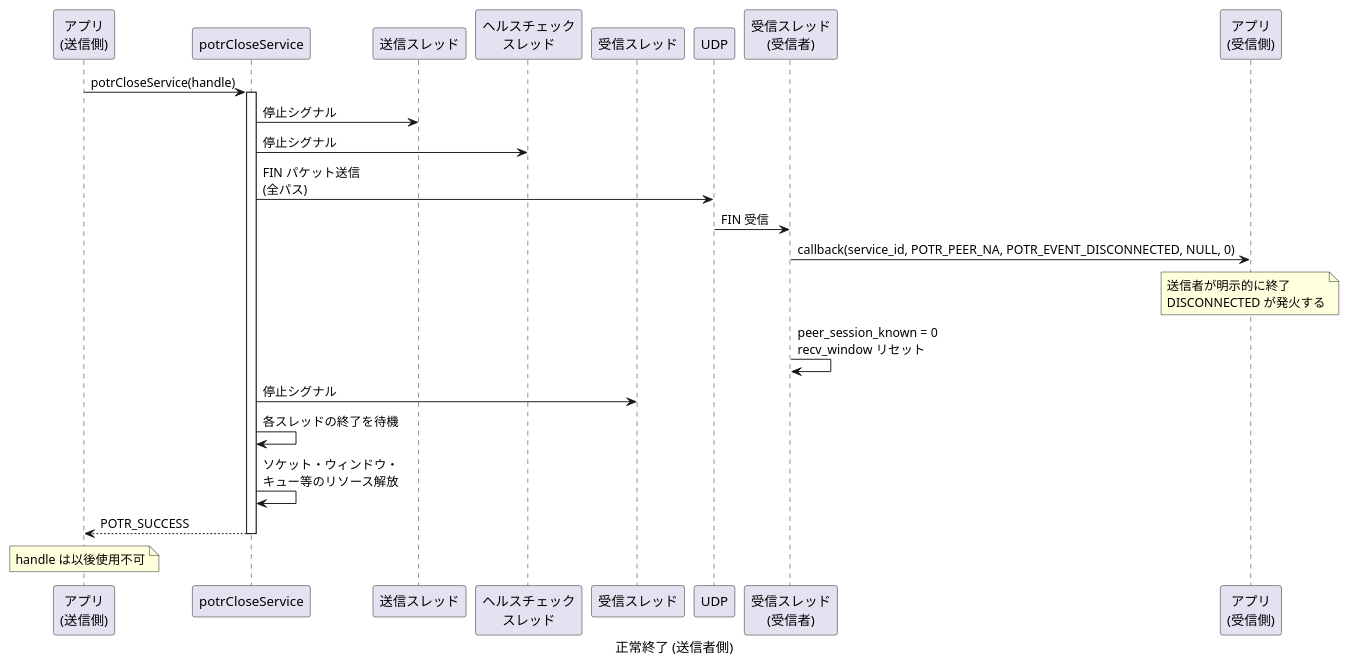
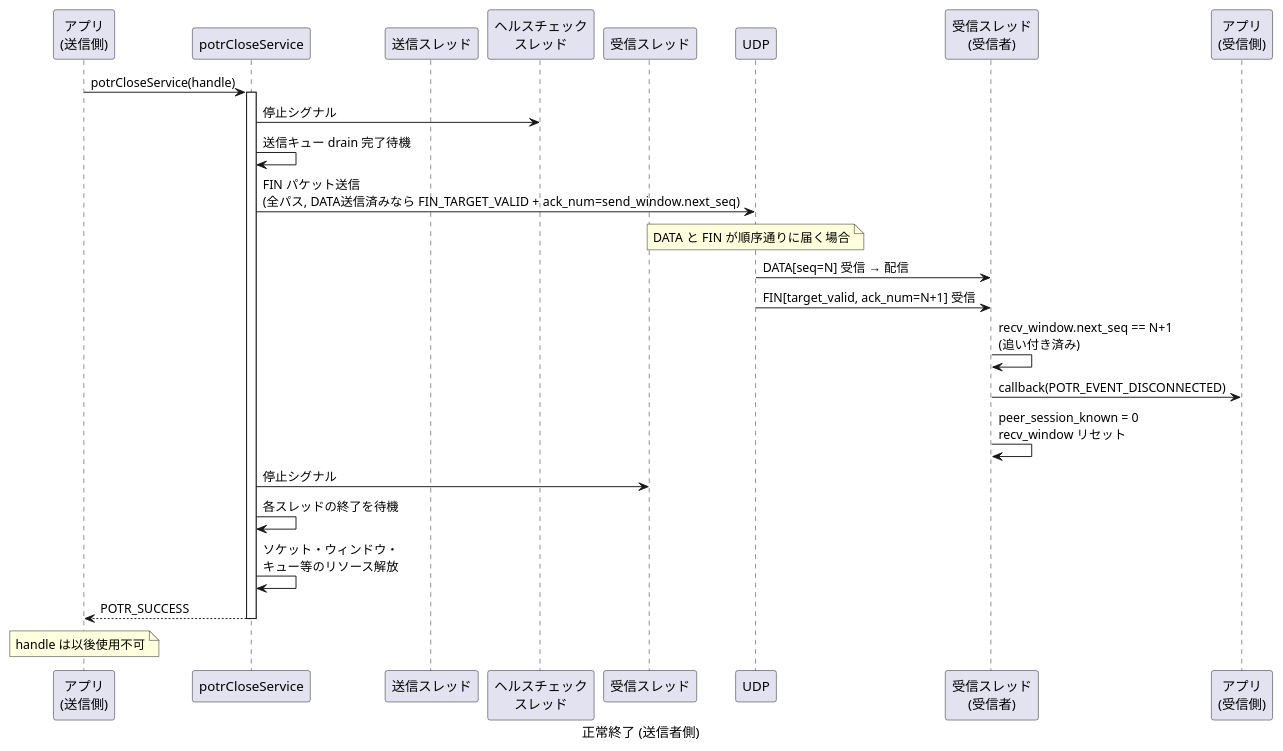
Diagram 12 of 30 in app/porter/docs/sequence.md (Hondarer/c-modernization-kit), drawn with PlantUML before and after one commit. The commit also changed other lines of this file and 13 other files, not shown here.

Commit message:
Fix FIN target handling across wrap-around

````diff
--- a/app/porter/docs/sequence.md
+++ b/app/porter/docs/sequence.md
@@ -436,38 +436,40 @@
 ```plantuml
 @startuml 正常終了 (送信者側)
 caption 正常終了 (送信者側)
 
 participant "アプリ\n(送信側)" as SAPP
 participant "potrCloseService" as CLOSE
 participant "送信スレッド" as ST
 participant "ヘルスチェック\nスレッド" as HT
 participant "受信スレッド" as RT
 participant "UDP" as UDP
 participant "受信スレッド\n(受信者)" as RRT
 participant "アプリ\n(受信側)" as RAPP
 
 SAPP -> CLOSE: potrCloseService(handle)
 activate CLOSE
 
-CLOSE -> ST: 停止シグナル
 CLOSE -> HT: 停止シグナル
+CLOSE -> CLOSE: 送信キュー drain 完了待機
 
-CLOSE -> UDP: FIN パケット送信\n(全パス)
+CLOSE -> UDP: FIN パケット送信\n(全パス, DATA送信済みなら FIN_TARGET_VALID + ack_num=send_window.next_seq)
 
-UDP -> RRT: FIN 受信
-RRT -> RAPP: callback(service_id, POTR_PEER_NA, POTR_EVENT_DISCONNECTED, NULL, 0)
-note over RAPP: 送信者が明示的に終了\nDISCONNECTED が発火する
+note over UDP: DATA と FIN が順序通りに届く場合
+UDP -> RRT: DATA[seq=N] 受信 → 配信
+UDP -> RRT: FIN[target_valid, ack_num=N+1] 受信
+RRT -> RRT: recv_window.next_seq == N+1\n(追い付き済み)
+RRT -> RAPP: callback(POTR_EVENT_DISCONNECTED)
 RRT -> RRT: peer_session_known = 0\nrecv_window リセット
 
 CLOSE -> RT: 停止シグナル
 
 CLOSE -> CLOSE: 各スレッドの終了を待機
 CLOSE -> CLOSE: ソケット・ウィンドウ・\nキュー等のリソース解放
 
 CLOSE --> SAPP: POTR_SUCCESS
 deactivate CLOSE
 
 note over SAPP: handle は以後使用不可
 
 @enduml
 ```
````
